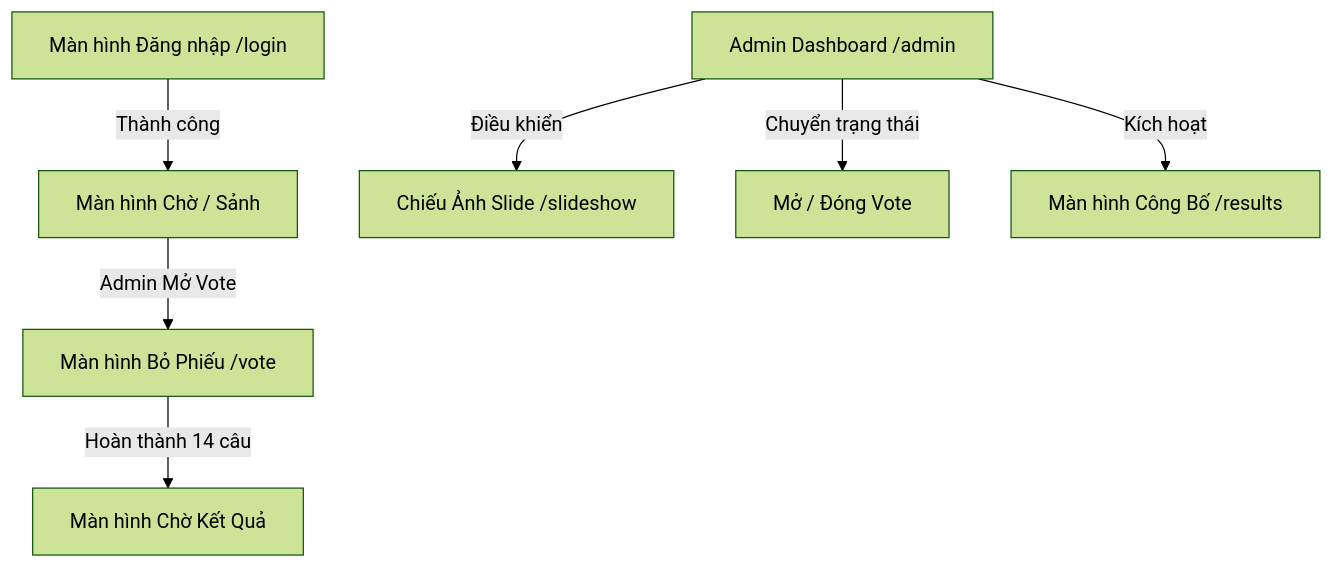
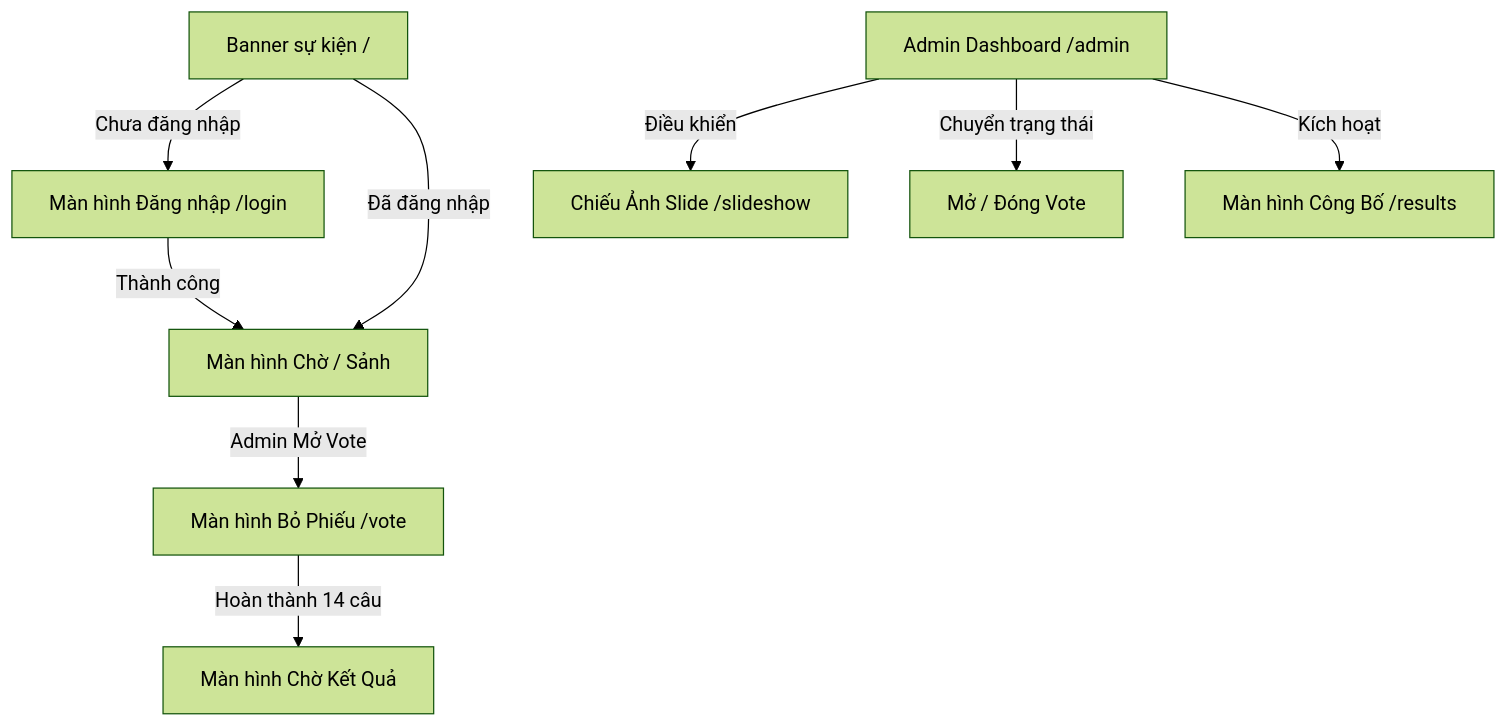
The diagram in context/01-product-spec.md (kohuyso/a-star-20-10), drawn with Mermaid (forest theme) before and after one commit. The commit also changed other lines of this file and 9 other files, not shown here.

````diff
--- a/context/01-product-spec.md
+++ b/context/01-product-spec.md
@@ -15,10 +15,12 @@
 ```mermaid
 graph TD
-    A[Màn hình Đăng nhập /login] -->|Thành công| B[Màn hình Chờ / Sảnh]
+    L[Banner sự kiện /] -->|Chưa đăng nhập| A[Màn hình Đăng nhập /login]
+    L -->|Đã đăng nhập| B
+    A -->|Thành công| B[Màn hình Chờ / Sảnh]
     B -->|Admin Mở Vote| C[Màn hình Bỏ Phiếu /vote]
     C -->|Hoàn thành 14 câu| D[Màn hình Chờ Kết Quả]
     
     E[Admin Dashboard /admin] -->|Điều khiển| F[Chiếu Ảnh Slide /slideshow]
     E -->|Chuyển trạng thái| G[Mở / Đóng Vote]
     E -->|Kích hoạt| H[Màn hình Công Bố /results]
 ```
````
